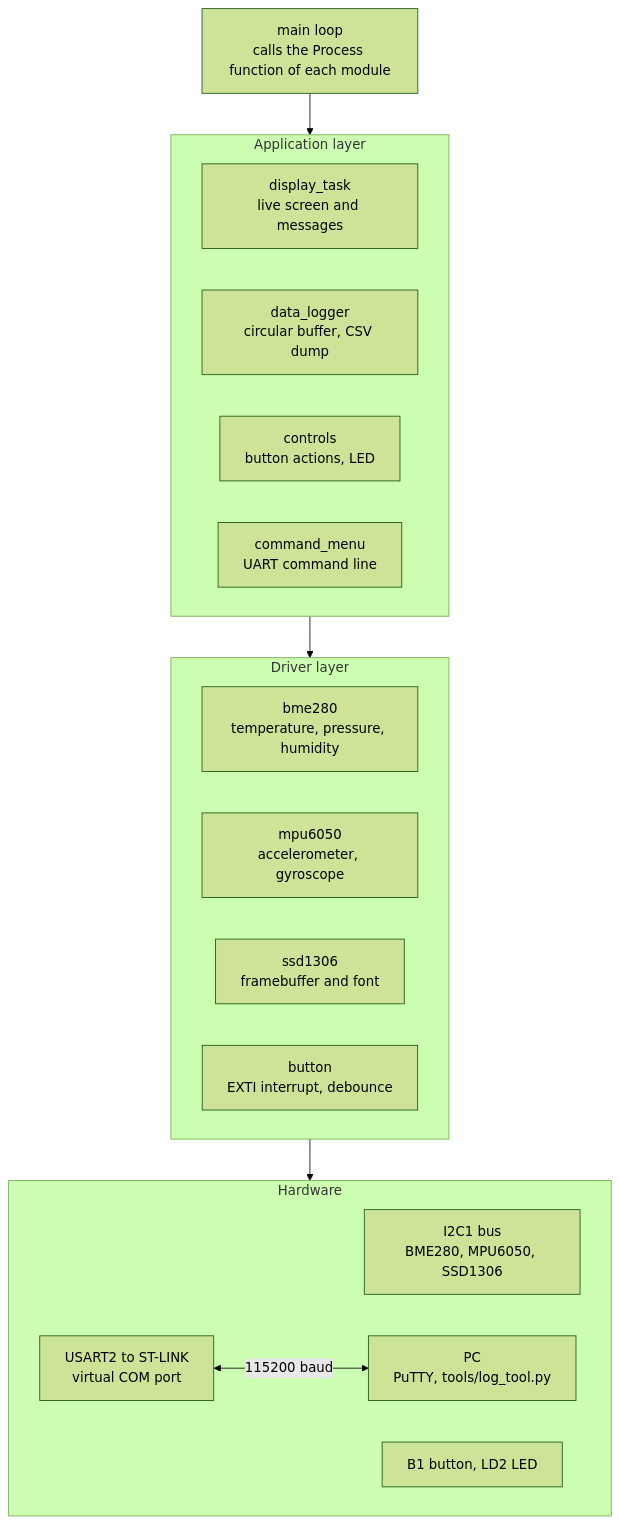
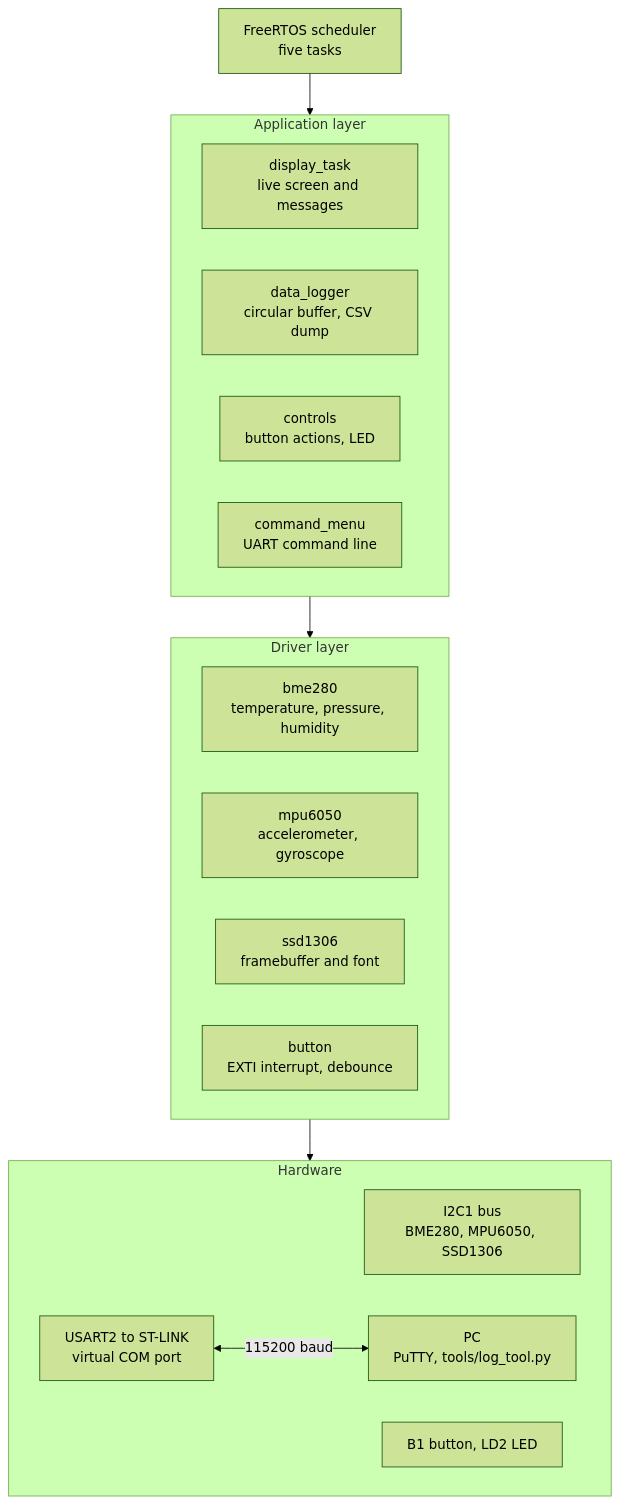
The first of 2 diagrams in README.md (KKapsimalis1/stm32-sensor-datalogger), drawn with Mermaid (forest theme) before and after one commit. The commit also changed other lines of this file, not shown here.

Commit message:
Fix mermaid diagrams in README

````diff
--- a/README.md
+++ b/README.md
@@ -56,30 +56,30 @@
 ```mermaid
 flowchart TB
-    MAIN["main loop<br/>calls the Process function of each module"]
+    MAIN["FreeRTOS scheduler<br/>five tasks"]
 
     subgraph APP["Application layer"]
         display["display_task<br/>live screen and messages"]
         logger["data_logger<br/>circular buffer, CSV dump"]
         controls["controls<br/>button actions, LED"]
         menu["command_menu<br/>UART command line"]
     end
 
     subgraph DRV["Driver layer"]
         dbme["bme280<br/>temperature, pressure, humidity"]
         dmpu["mpu6050<br/>accelerometer, gyroscope"]
         dssd["ssd1306<br/>framebuffer and font"]
         dbtn["button<br/>EXTI interrupt, debounce"]
     end
 
     subgraph HW["Hardware"]
         i2c["I2C1 bus<br/>BME280, MPU6050, SSD1306"]
         gpio["B1 button, LD2 LED"]
         uart["USART2 to ST-LINK<br/>virtual COM port"]
         pc["PC<br/>PuTTY, tools/log_tool.py"]
         uart <-->|"115200 baud"| pc
     end
 
     MAIN --> APP
     APP --> DRV
     DRV --> HW
 ```
````
